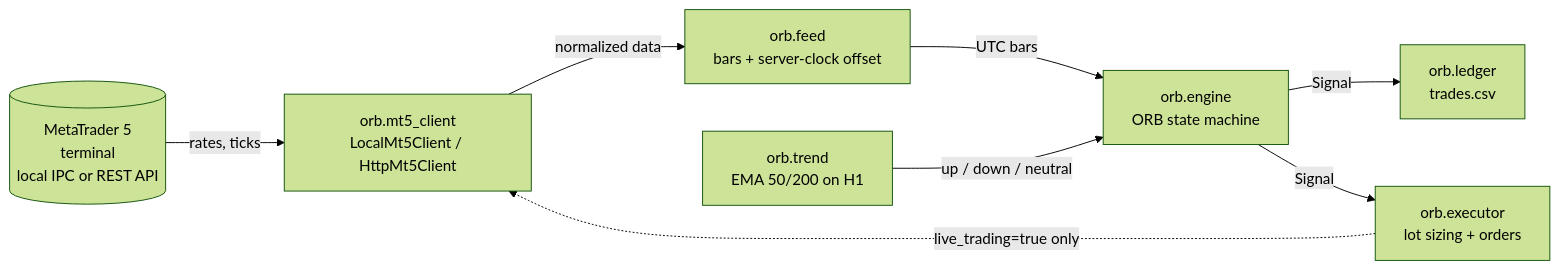
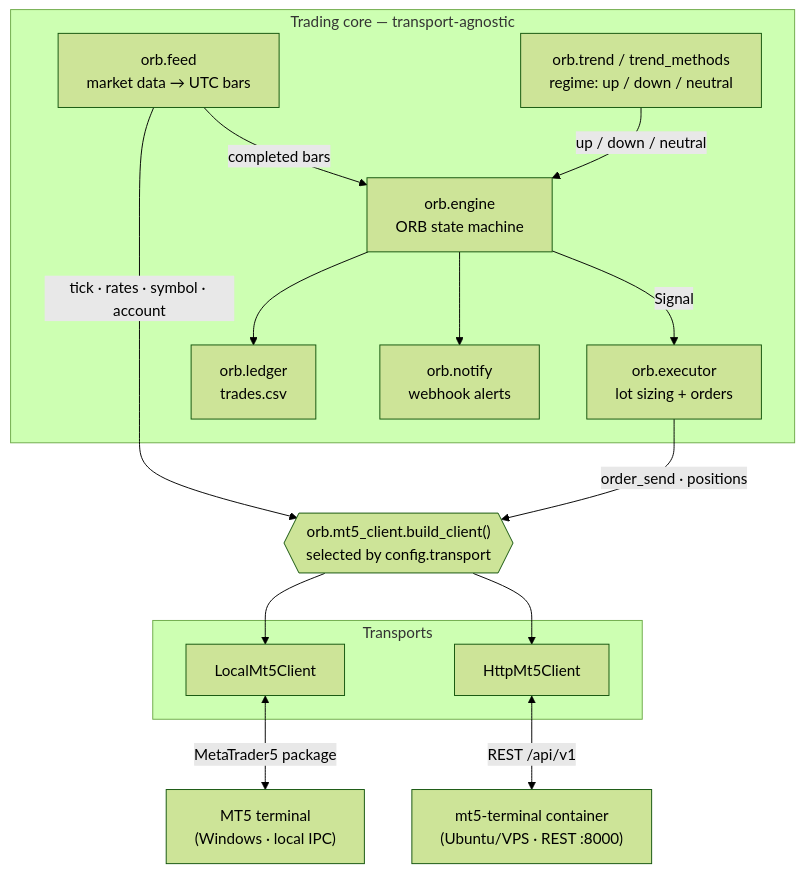
One commit to fredriick/ORB_US100 changed the second of 5 diagrams in README.md. Above: the diagram before and after it, drawn with Mermaid (forest theme). The commit also changed other lines of this file, not shown here.

Commit message:
Improve README: transport/deployment diagrams, endpoints, findings

````diff
--- a/README.md
+++ b/README.md
@@ -63,18 +96,34 @@
 ```mermaid
-flowchart LR
-    MT5[(MetaTrader 5<br/>terminal<br/>local IPC or REST API)]
-    Client[orb.mt5_client<br/>LocalMt5Client / HttpMt5Client]
-    Feed[orb.feed<br/>bars + server-clock offset]
-    Engine[orb.engine<br/>ORB state machine]
-    Trend[orb.trend<br/>EMA 50/200 on H1]
-    Ledger[orb.ledger<br/>trades.csv]
-    Exec[orb.executor<br/>lot sizing + orders]
+flowchart TB
+    subgraph core["Trading core — transport-agnostic"]
+        Feed["orb.feed<br/>market data → UTC bars"]
+        Engine["orb.engine<br/>ORB state machine"]
+        Trend["orb.trend / trend_methods<br/>regime: up / down / neutral"]
+        Exec["orb.executor<br/>lot sizing + orders"]
+        Ledger["orb.ledger<br/>trades.csv"]
+        Notify["orb.notify<br/>webhook alerts"]
+    end
 
-    MT5 -->|rates, ticks| Client
-    Client -->|normalized data| Feed
-    Feed -->|UTC bars| Engine
+    Client{{"orb.mt5_client.build_client()<br/>selected by config.transport"}}
+
+    subgraph transports["Transports"]
+        Local["LocalMt5Client"]
+        Http["HttpMt5Client"]
+    end
+
+    WinTerm["MT5 terminal<br/>(Windows · local IPC)"]
+    VpsTerm["mt5-terminal container<br/>(Ubuntu/VPS · REST :8000)"]
+
+    Feed -->|tick · rates · symbol · account| Client
+    Exec -->|order_send · positions| Client
+    Client --> Local
+    Client --> Http
+    Local <-->|MetaTrader5 package| WinTerm
+    Http <-->|REST /api/v1| VpsTerm
+
+    Feed -->|completed bars| Engine
     Trend -->|up / down / neutral| Engine
-    Engine -->|Signal| Ledger
+    Engine --> Ledger
+    Engine --> Notify
     Engine -->|Signal| Exec
-    Exec -.->|live_trading=true only| Client
 ```
````
